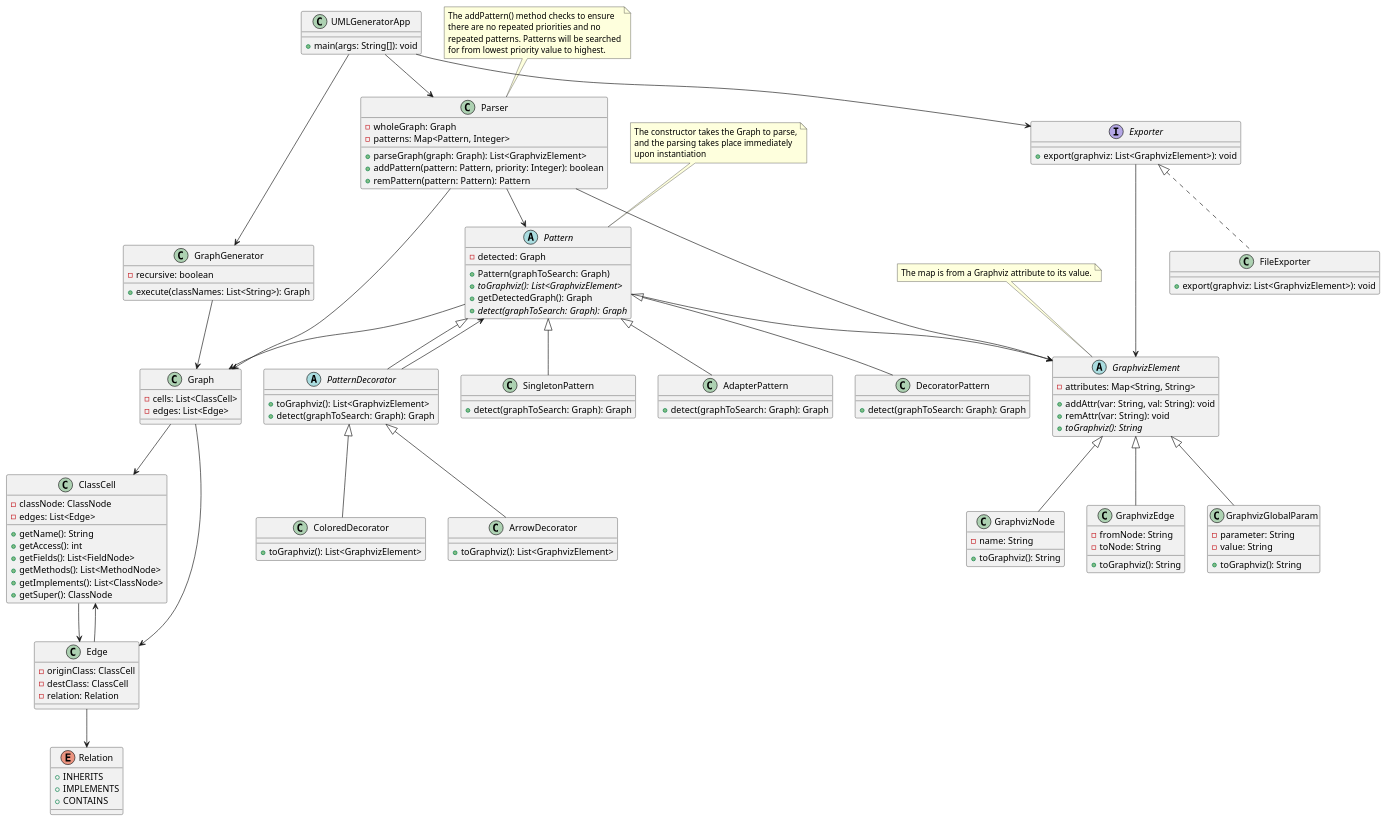
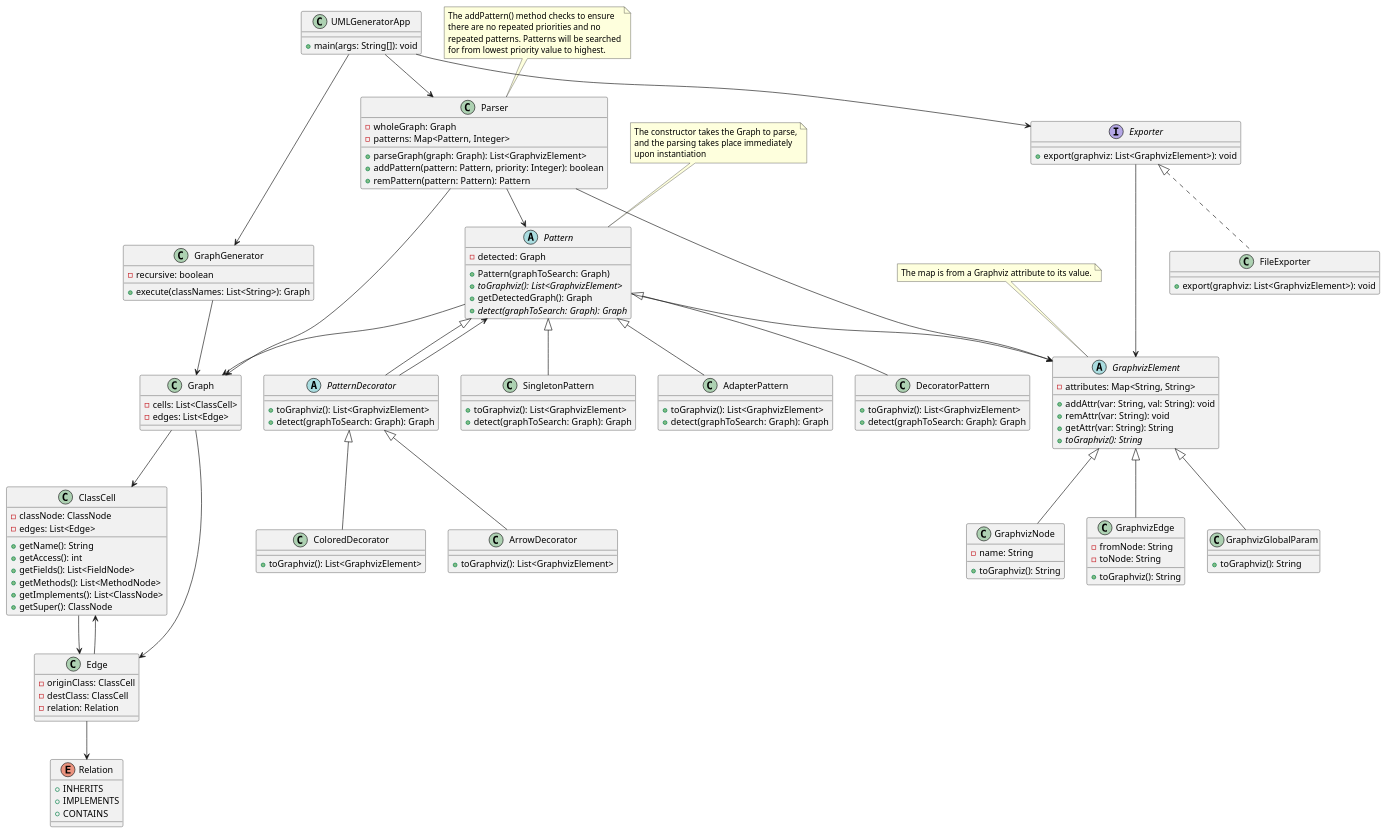
The diagram in uml.puml (kgroble/uml-generator), drawn with PlantUML before and after one commit. The commit also changed 1 other file, not shown here.

Commit message:
Small fixes to UML after talking with Dr. Hays.

```diff
--- a/uml.puml
+++ b/uml.puml
@@ -1,143 +1,145 @@
 @startuml
 class UMLGeneratorApp {
 + main(args: String[]): void
 }
 
 class GraphGenerator {
 - recursive: boolean
 + execute(classNames: List<String>): Graph
 }
 
 class ClassCell {
 - classNode: ClassNode
 - edges: List<Edge>
 
 + getName(): String
 + getAccess(): int
 + getFields(): List<FieldNode>
 + getMethods(): List<MethodNode>
 + getImplements(): List<ClassNode>
 + getSuper(): ClassNode
 }
 
 class Edge {
 - originClass: ClassCell
 - destClass: ClassCell
 - relation: Relation
 }
 
 class Parser {
 - wholeGraph: Graph
 - patterns: Map<Pattern, Integer>
 + parseGraph(graph: Graph): List<GraphvizElement>
 + addPattern(pattern: Pattern, priority: Integer): boolean
 + remPattern(pattern: Pattern): Pattern
 }
 note top of Parser
   The addPattern() method checks to ensure
   there are no repeated priorities and no
   repeated patterns. Patterns will be searched
   for from lowest priority value to highest.
 end note
 
 class Graph {
 - cells: List<ClassCell>
 - edges: List<Edge>
 }
 
 abstract class Pattern {
 - detected: Graph
 + Pattern(graphToSearch: Graph)
 + {abstract} toGraphviz(): List<GraphvizElement>
 + getDetectedGraph(): Graph
 + {abstract} detect(graphToSearch: Graph): Graph
 }
 note top of Pattern
   The constructor takes the Graph to parse,
   and the parsing takes place immediately
   upon instantiation
 end note
 
 abstract class PatternDecorator extends Pattern {
 + toGraphviz(): List<GraphvizElement>
 + detect(graphToSearch: Graph): Graph
 }
 
 class ColoredDecorator extends PatternDecorator {
 + toGraphviz(): List<GraphvizElement>
 }
 
 class ArrowDecorator extends PatternDecorator {
 + toGraphviz(): List<GraphvizElement>
 }
 
 class SingletonPattern extends Pattern {
++ toGraphviz(): List<GraphvizElement>
 + detect(graphToSearch: Graph): Graph
 }
 
 class AdapterPattern extends Pattern {
++ toGraphviz(): List<GraphvizElement>
 + detect(graphToSearch: Graph): Graph
 }
 
 class DecoratorPattern extends Pattern {
++ toGraphviz(): List<GraphvizElement>
 + detect(graphToSearch: Graph): Graph
 }
 
 enum Relation {
 + INHERITS
 + IMPLEMENTS
 + CONTAINS
 }
 
 abstract class GraphvizElement {
 - attributes: Map<String, String>
 + addAttr(var: String, val: String): void
 + remAttr(var: String): void
++ getAttr(var: String): String
 + {abstract} toGraphviz(): String
 }
 note top of GraphvizElement
   The map is from a Graphviz attribute to its value.
 end note
 
 class GraphvizNode extends GraphvizElement {
 - name: String
 + toGraphviz(): String
 }
 
 class GraphvizEdge extends GraphvizElement {
 - fromNode: String
 - toNode: String
 + toGraphviz(): String
 }
 
 class GraphvizGlobalParam extends GraphvizElement {
-- parameter: String
-- value: String
 + toGraphviz(): String
 }
 
 interface Exporter {
 + export(graphviz: List<GraphvizElement>): void
 }
 
 class FileExporter implements Exporter {
 + export(graphviz: List<GraphvizElement>): void
 }
 
 UMLGeneratorApp --> GraphGenerator
 UMLGeneratorApp --> Parser
 UMLGeneratorApp --> Exporter
 GraphGenerator --> Graph
 ClassCell --> Edge
 Edge --> ClassCell
 Edge --> Relation
 Parser --> Pattern
 Pattern --> Graph
 PatternDecorator --> Pattern
 Pattern --> GraphvizElement
 Graph --> ClassCell
 Graph --> Edge
 Parser --> Graph
 Parser --> GraphvizElement
 Exporter --> GraphvizElement
 @enduml
```
